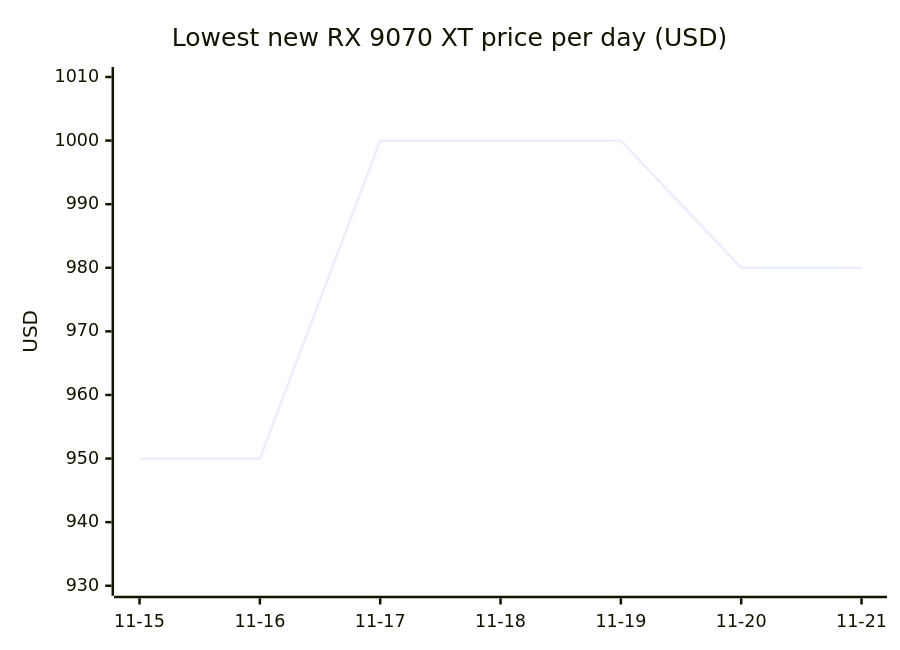
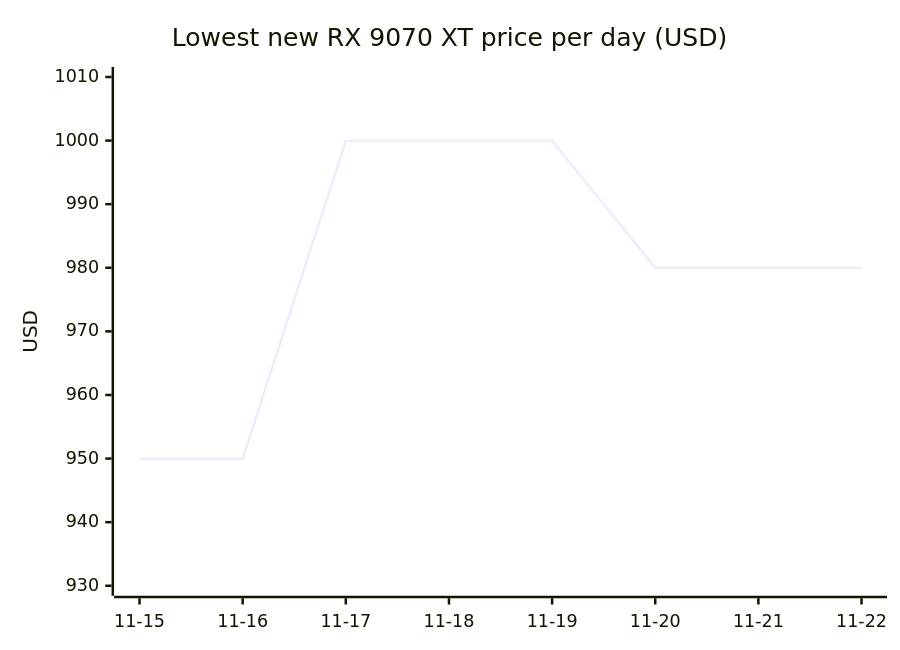
One commit to 7324136828/4tb_ssd_price_watch changed diagram 11 of 18 in README.md. Above: the diagram before and after it, drawn with Mermaid. The commit also changed other lines of this file, not shown here.

````diff
--- a/README.md
+++ b/README.md
@@ -1049,7 +1102,7 @@
 ```mermaid
 xychart-beta
     title "Lowest new RX 9070 XT price per day (USD)"
-    x-axis ["11-15", "11-16", "11-17", "11-18", "11-19", "11-20", "11-21"]
+    x-axis ["11-15", "11-16", "11-17", "11-18", "11-19", "11-20", "11-21", "11-22"]
     y-axis "USD" 930 --> 1010
-    line [949.99, 949.99, 999.99, 999.99, 999.99, 979.99, 979.99]
+    line [949.99, 949.99, 999.99, 999.99, 999.99, 979.99, 979.99, 979.99]
 ```
````
